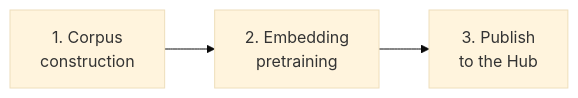
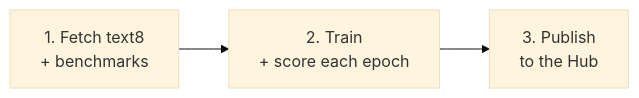
The third of 3 diagrams in services/word-embeddings/README.md (RoshBeed/ai-residency), drawn with Mermaid (base theme) before and after one commit. The commit also changed other lines of this file and 31 other files, not shown here.

````diff
--- a/services/word-embeddings/README.md
+++ b/services/word-embeddings/README.md
@@ -314,4 +381,4 @@
 ```mermaid
 flowchart LR
-    build["1. Corpus<br/>construction"] --> pretrain["2. Embedding<br/>pretraining"] --> hub["3. Publish<br/>to the Hub"]
+    fetch["1. Fetch text8<br/>+ benchmarks"] --> pretrain["2. Train<br/>+ score each epoch"] --> hub["3. Publish<br/>to the Hub"]
 ```
````
